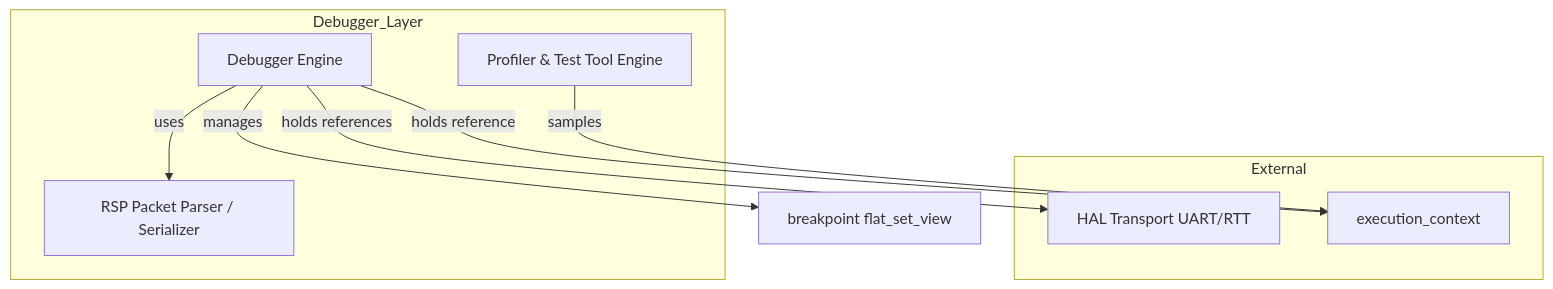
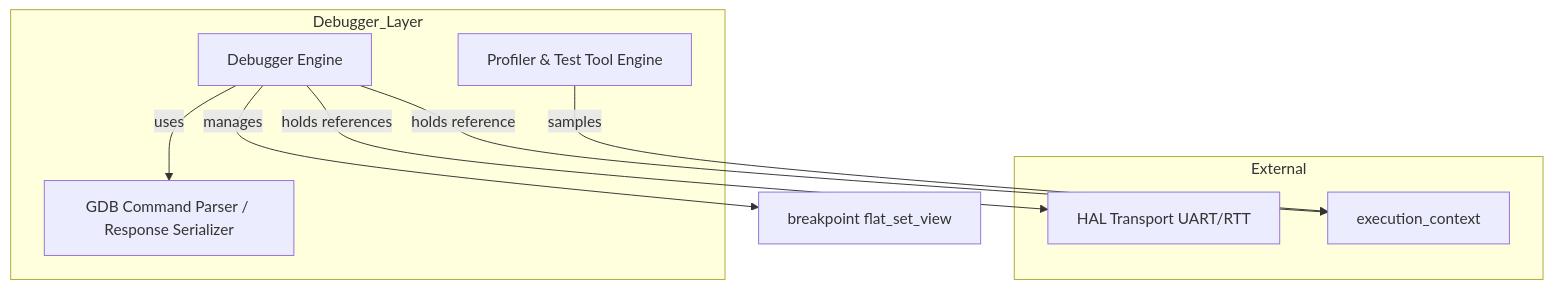
The first of 3 diagrams in docs/components/tier2_runtime/debug/debug_manager.md (kmt-t/fireball), drawn with Mermaid before and after one commit. The commit also changed other lines of this file and 33 other files, not shown here.

````diff
--- a/docs/components/tier2_runtime/debug/debug_manager.md
+++ b/docs/components/tier2_runtime/debug/debug_manager.md
@@ -24,19 +24,19 @@
 ```mermaid
 graph TD
     subgraph Debugger_Layer
         Engine[Debugger Engine]
-        RspParser[RSP Packet Parser / Serializer]
+        RspParser[GDB Command Parser / Response Serializer]
         Profiler[Profiler & Test Tool Engine]
     end
 
     subgraph External
         HAL[HAL Transport UART/RTT]
         ECtx[execution_context]
     end
 
     Engine -- holds references --> HAL
     Engine -- uses --> RspParser
     Engine -- holds reference --> ECtx
     Engine -- manages --> BP[breakpoint flat_set_view]
     Profiler -- samples --> ECtx
 ```
````
